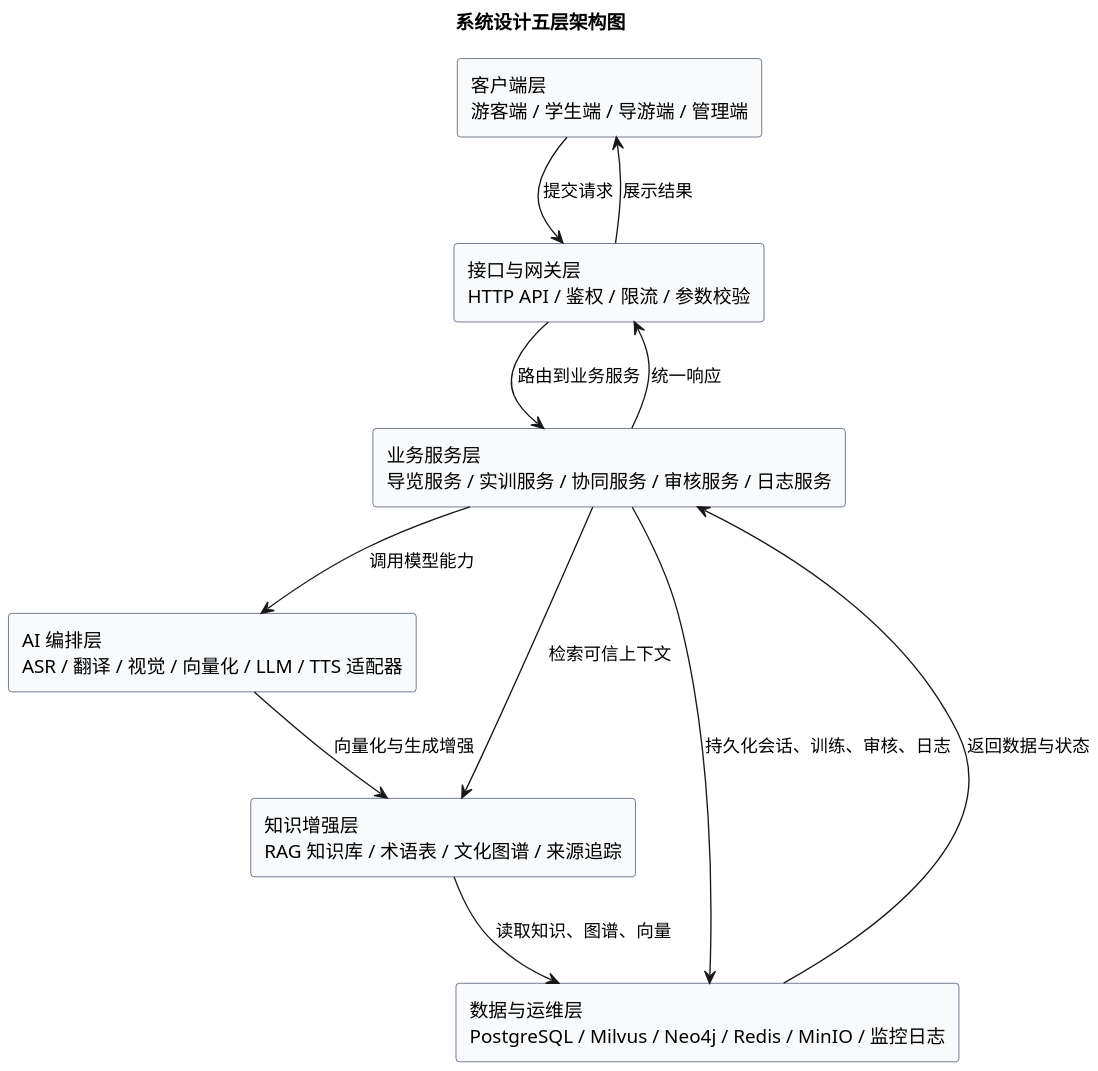
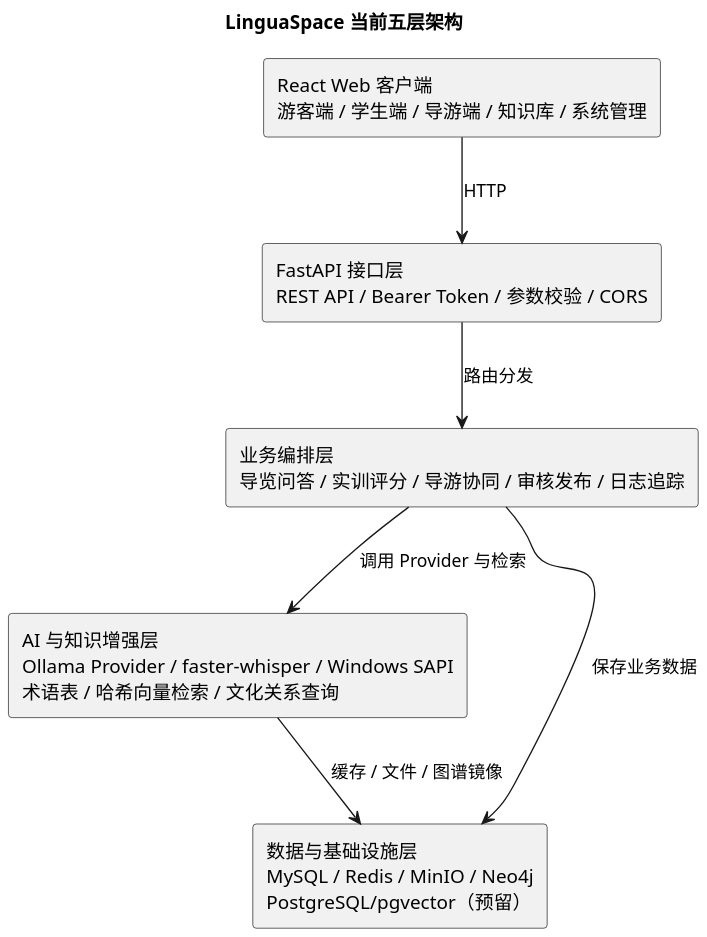
One commit to Unk1ndledAC/linguaspace changed the diagram in docs/文档/figures/design-layer-architecture.puml. Above: the diagram before and after it, drawn with PlantUML. The commit also changed 80 other files, not shown here.

```diff
--- a/docs/文档/figures/design-layer-architecture.puml
+++ b/docs/文档/figures/design-layer-architecture.puml
@@ -1,28 +1,17 @@
 @startuml
 skinparam dpi 160
 skinparam shadowing false
-skinparam packageStyle rectangle
-skinparam rectangle {
-  BackgroundColor #F8FAFC
-  BorderColor #334155
-}
-title 系统设计五层架构图
+title LinguaSpace 当前五层架构
 
-rectangle "客户端层\n游客端 / 学生端 / 导游端 / 管理端" as Client
-rectangle "接口与网关层\nHTTP API / 鉴权 / 限流 / 参数校验" as Gateway
-rectangle "业务服务层\n导览服务 / 实训服务 / 协同服务 / 审核服务 / 日志服务" as Business
-rectangle "AI 编排层\nASR / 翻译 / 视觉 / 向量化 / LLM / TTS 适配器" as AI
-rectangle "知识增强层\nRAG 知识库 / 术语表 / 文化图谱 / 来源追踪" as Knowledge
-rectangle "数据与运维层\nPostgreSQL / Milvus / Neo4j / Redis / MinIO / 监控日志" as Data
+rectangle "React Web 客户端\n游客端 / 学生端 / 导游端 / 知识库 / 系统管理" as Web
+rectangle "FastAPI 接口层\nREST API / Bearer Token / 参数校验 / CORS" as API
+rectangle "业务编排层\n导览问答 / 实训评分 / 导游协同 / 审核发布 / 日志追踪" as Service
+rectangle "AI 与知识增强层\nOllama Provider / faster-whisper / Windows SAPI\n术语表 / 哈希向量检索 / 文化关系查询" as AI
+rectangle "数据与基础设施层\nMySQL / Redis / MinIO / Neo4j\nPostgreSQL/pgvector（预留）" as Infra
 
-Client --> Gateway : 提交请求
-Gateway --> Business : 路由到业务服务
-Business --> AI : 调用模型能力
-Business --> Knowledge : 检索可信上下文
-AI --> Knowledge : 向量化与生成增强
-Knowledge --> Data : 读取知识、图谱、向量
-Business --> Data : 持久化会话、训练、审核、日志
-Data --> Business : 返回数据与状态
-Business --> Gateway : 统一响应
-Gateway --> Client : 展示结果
+Web --> API : HTTP
+API --> Service : 路由分发
+Service --> AI : 调用 Provider 与检索
+Service --> Infra : 保存业务数据
+AI --> Infra : 缓存 / 文件 / 图谱镜像
 @enduml
```
